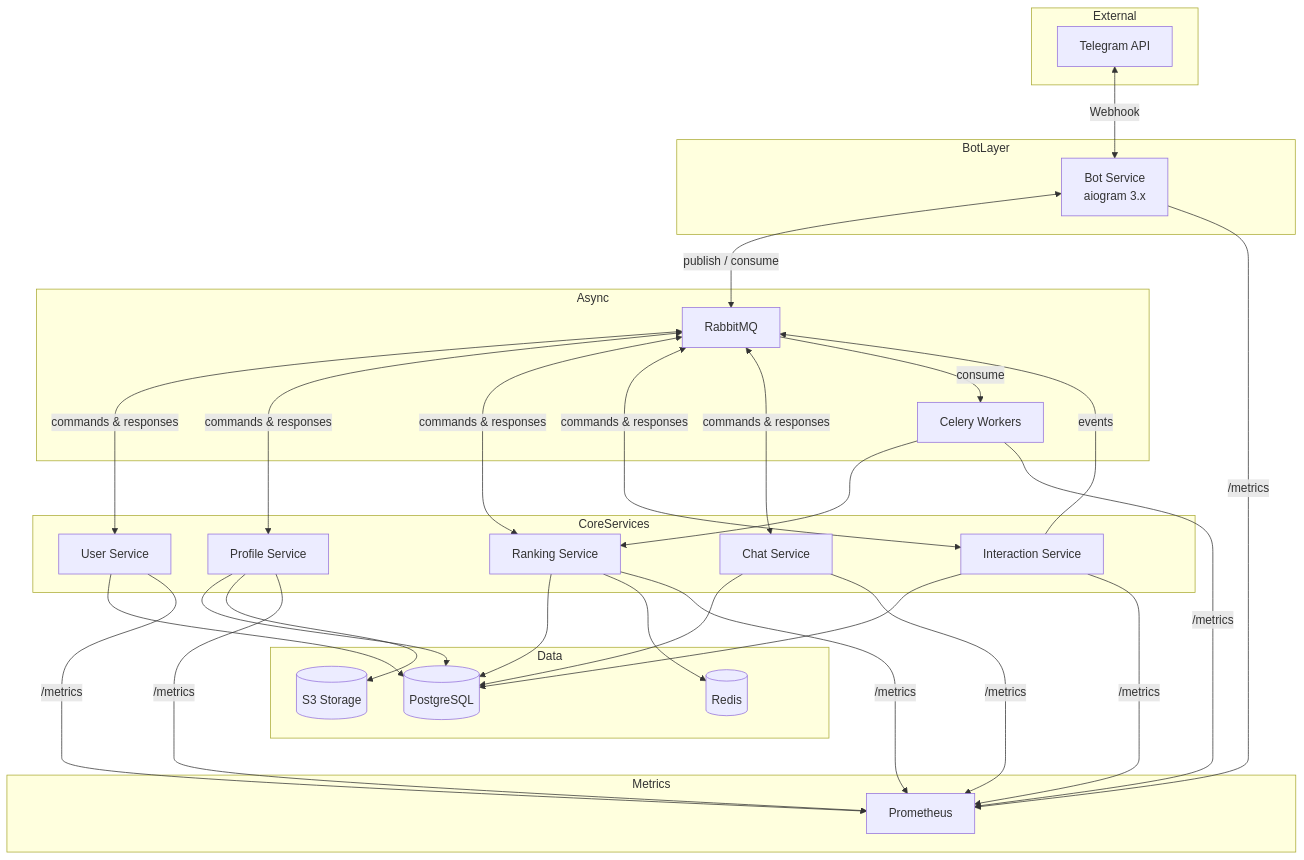
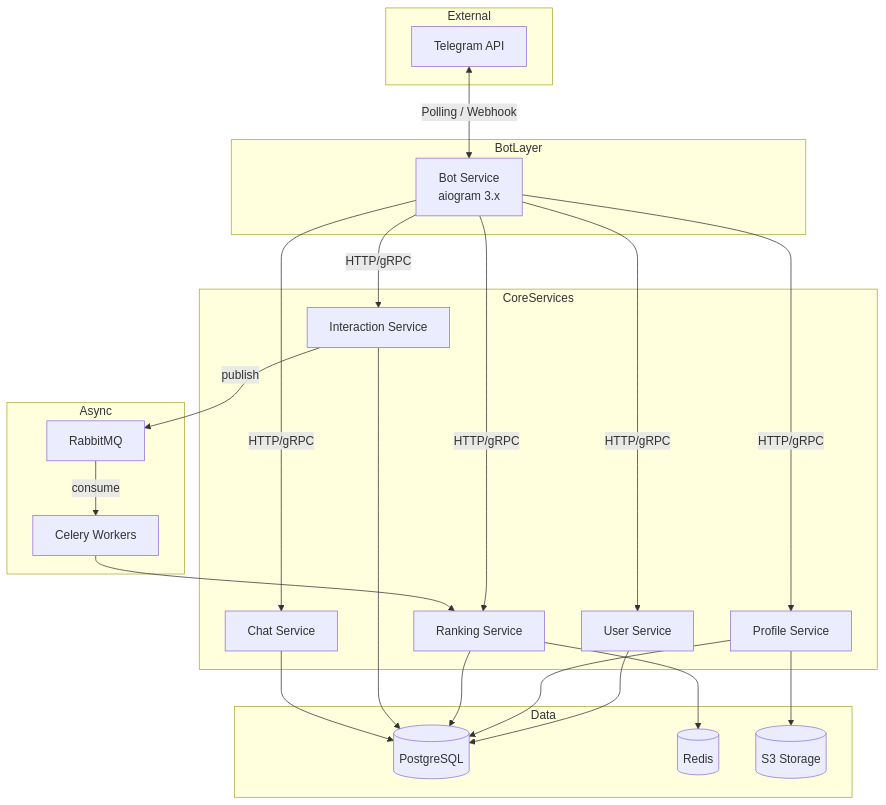
The diagram in docs/02-architecture.md (brikkerdev/DatingBot), drawn with Mermaid before and after one commit. The commit also changed other lines of this file and 32 other files, not shown here.

Commit message:
added bot and user, profile services

````diff
--- a/docs/02-architecture.md
+++ b/docs/02-architecture.md
@@ -5,63 +3,47 @@
 ```mermaid
 flowchart TB
     subgraph External
         TG[Telegram API]
     end
 
     subgraph BotLayer
         Bot[Bot Service<br/>aiogram 3.x]
-    end
-
-    subgraph Async
-        MQ[RabbitMQ]
-        Celery[Celery Workers]
     end
 
     subgraph CoreServices
         User[User Service]
         Profile[Profile Service]
         Rank[Ranking Service]
         Interact[Interaction Service]
         Chat[Chat Service]
     end
 
     subgraph Data
         DB[(PostgreSQL)]
         Redis[(Redis)]
         S3[(S3 Storage)]
     end
 
-    subgraph Metrics
-        Prometheus[Prometheus]
+    subgraph Async
+        MQ[RabbitMQ]
+        Celery[Celery Workers]
     end
 
-    TG <-->|Webhook| Bot
-    Bot <-->|publish / consume| MQ
-    MQ <-->|commands & responses| User
-    MQ <-->|commands & responses| Profile
-    MQ <-->|commands & responses| Rank
-    MQ <-->|commands & responses| Interact
-    MQ <-->|commands & responses| Chat
-
-    Interact -->|events| MQ
-    MQ -->|consume| Celery
-    Celery --> Rank
+    TG <-->|Polling / Webhook| Bot
+    Bot -->|HTTP/gRPC| User
+    Bot -->|HTTP/gRPC| Profile
+    Bot -->|HTTP/gRPC| Rank
+    Bot -->|HTTP/gRPC| Interact
+    Bot -->|HTTP/gRPC| Chat
 
     User --> DB
     Profile --> DB
     Profile --> S3
     Rank --> DB
     Rank --> Redis
     Interact --> DB
+    Interact -->|publish| MQ
+    MQ -->|consume| Celery
+    Celery --> Rank
     Chat --> DB
-
-    Bot -->|/metrics| Prometheus
-    User -->|/metrics| Prometheus
-    Profile -->|/metrics| Prometheus
-    Rank -->|/metrics| Prometheus
-    Interact -->|/metrics| Prometheus
-    Chat -->|/metrics| Prometheus
-    Celery -->|/metrics| Prometheus
-
-    Data ~~~ Metrics
 ```
````
